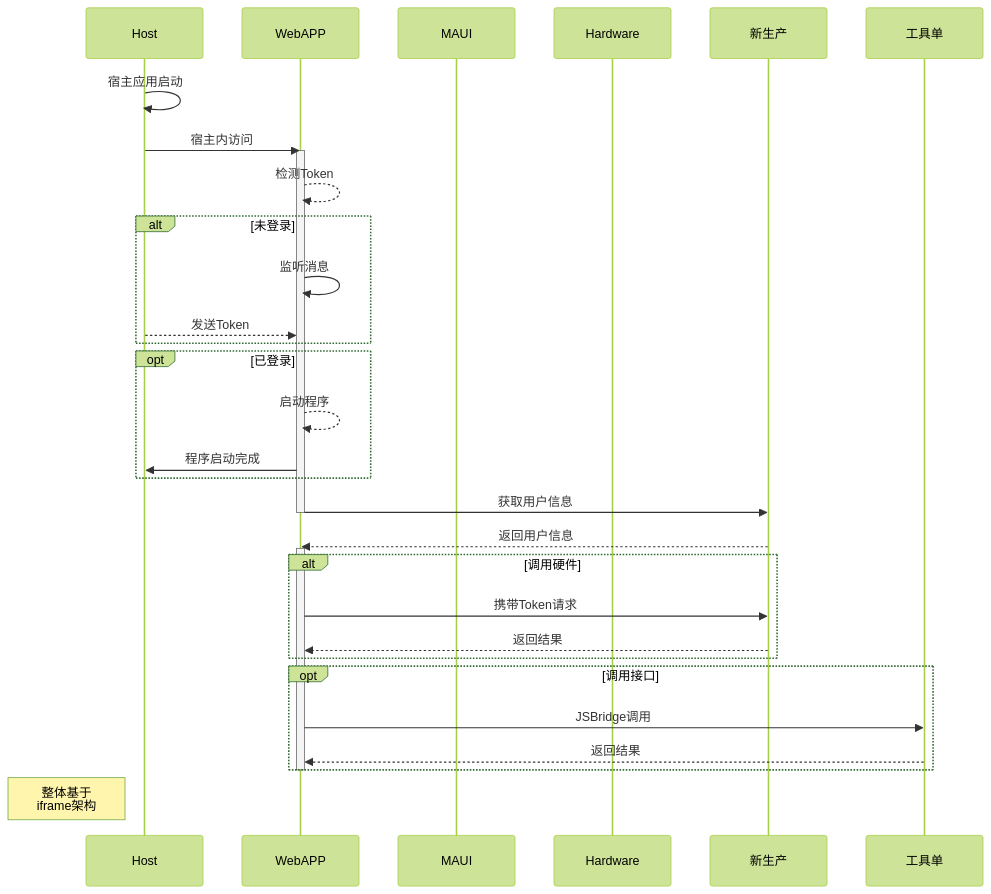
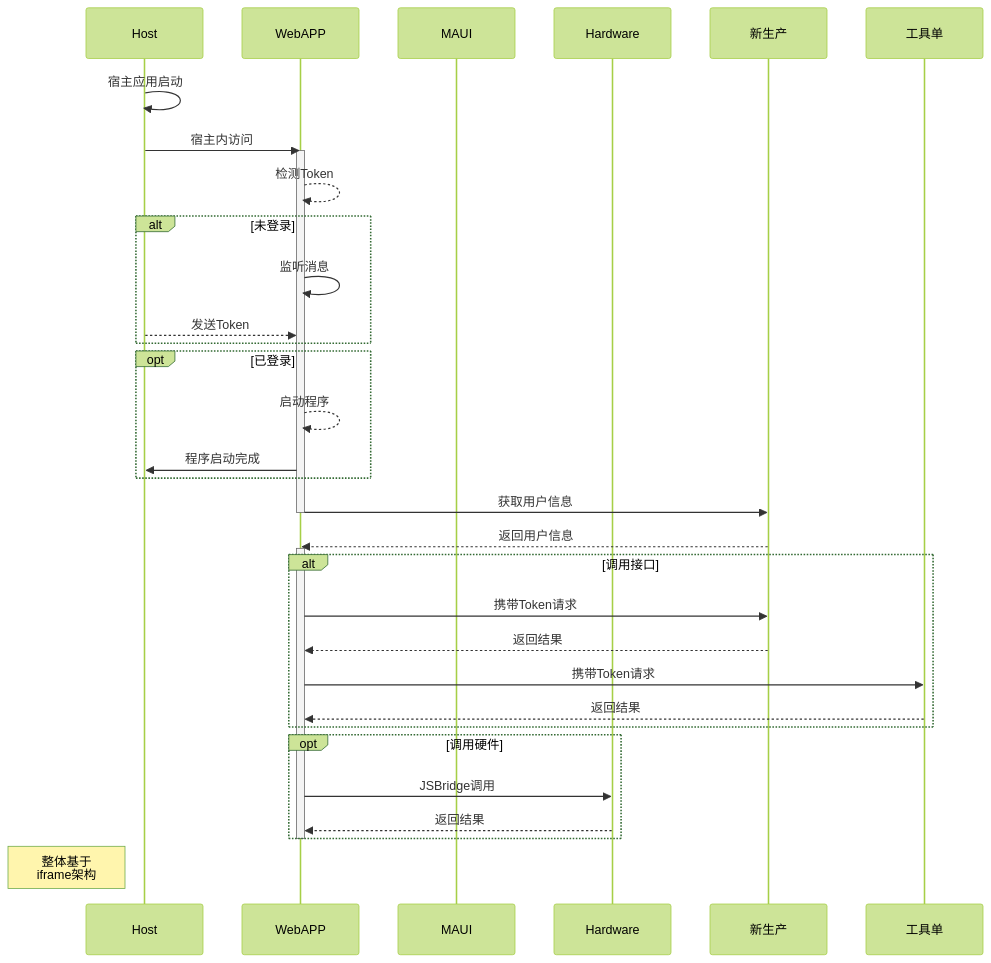
The diagram in gallery/web_app.md (changweihua/changweihua.github.io), drawn with Mermaid before and after one commit. The commit also changed 1 other file, not shown here.

Commit message:
style(custom): 优化样式

````diff
--- a/gallery/web_app.md
+++ b/gallery/web_app.md
@@ -18,42 +18,44 @@
 ```mermaid
 %%{init: {'theme':'forest'}}%%
 sequenceDiagram
 	participant A as Host
 	participant B as WebAPP
 	participant C as MAUI
 	participant D as Hardware
 	participant E as 新生产
 	participant F as 工具单
 
 	A->>A:宿主应用启动
 	A->>B:宿主内访问
     activate B
 	    B-->>B:检测Token
 
         alt 未登录
             B->>B:监听消息
             A-->>B:发送Token
         end
         opt 已登录
             B-->>B:启动程序
             B->>A:程序启动完成
         end
         B->>E:获取用户信息
 	  deactivate B
     
     E-->>B:返回用户信息
       activate B
-        alt 调用硬件
+        alt 调用接口
           B->>E:携带Token请求
           E-->>B:返回结果
+          B->>F:携带Token请求
+          F-->>B:返回结果
         end
 
-        opt 调用接口
-          B->>F:JSBridge调用
-          F-->>B:返回结果
+        opt 调用硬件
+          B->>D:JSBridge调用
+          D-->>B:返回结果
         end
       deactivate B
 
 	%% left or right
 	note left of A:整体基于<br>iframe架构
 ```
````
